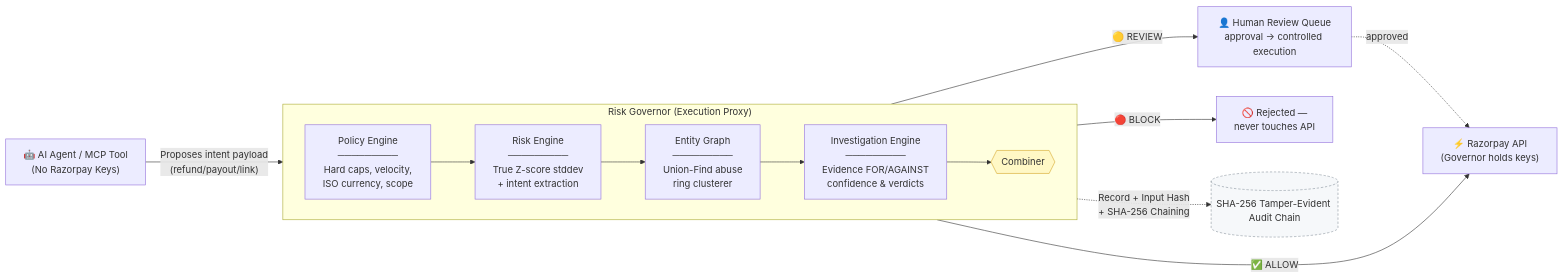
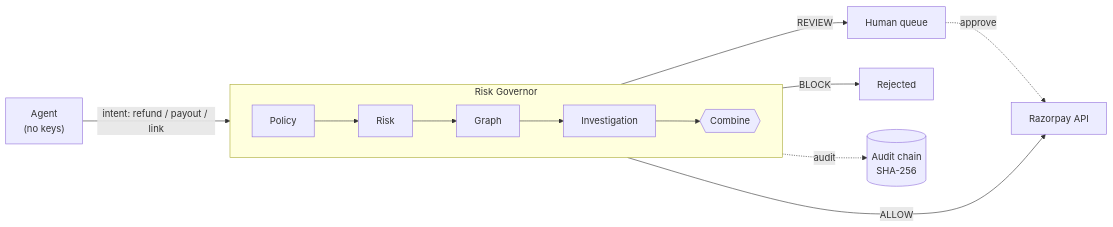
One commit to theoxfaber/agentic-payment-risk-governor changed the diagram in README.md. Above: the diagram before and after it, drawn with Mermaid. The commit also changed other lines of this file, not shown here.

````diff
--- a/README.md
+++ b/README.md
@@ -75,25 +54,13 @@
 ```mermaid
 flowchart LR
-    AGENT["🤖 AI Agent / MCP Tool<br/>(No Razorpay Keys)"] -->|"Proposes intent payload<br/>(refund/payout/link)"| PIPELINE
-
-    subgraph PIPELINE["Risk Governor (Execution Proxy)"]
+    A["Agent<br/>(no keys)"] -->|"intent: refund / payout / link"| G
+    subgraph G["Risk Governor"]
         direction LR
-        POLICY["Policy Engine<br/>─────────<br/>Hard caps, velocity,<br/>ISO currency, scope"]
-        RISK["Risk Engine<br/>─────────<br/>True Z-score stddev<br/>+ intent extraction"]
-        GRAPH["Entity Graph<br/>─────────<br/>Union-Find abuse<br/>ring clusterer"]
-        INVEST["Investigation Engine<br/>─────────<br/>Evidence FOR/AGAINST<br/>confidence & verdicts"]
-        COMBINE{{"Combiner"}}
-        POLICY --> RISK --> GRAPH --> INVEST --> COMBINE
+        P["Policy"] --> R["Risk"] --> Gr["Graph"] --> I["Investigation"] --> C{{"Combine"}}
     end
-
-    COMBINE -->|"✅ ALLOW"| RZP["⚡ Razorpay API<br/>(Governor holds keys)"]
-    COMBINE -->|"🟡 REVIEW"| HUMAN["👤 Human Review Queue<br/>approval → controlled execution"]
-    COMBINE -->|"🔴 BLOCK"| NOPE["🚫 Rejected —<br/>never touches API"]
-
-    AUDIT[("SHA-256 Tamper-Evident Audit Chain")]
-    PIPELINE -.->|"Record + Input Hash<br/>+ SHA-256 Chaining"| AUDIT
-    HUMAN -.->|approved| RZP
-
-    style COMBINE fill:#fff8c5,stroke:#d4a72c
-    style AUDIT fill:#f6f8fa,stroke:#8b949e,stroke-dasharray: 4 3
+    C -- ALLOW --> RZ["Razorpay API"]
+    C -- REVIEW --> H["Human queue"]
+    C -- BLOCK --> X["Rejected"]
+    G -. audit .-> L[("Audit chain<br/>SHA-256")]
+    H -. approve .-> RZ
 ```
````
